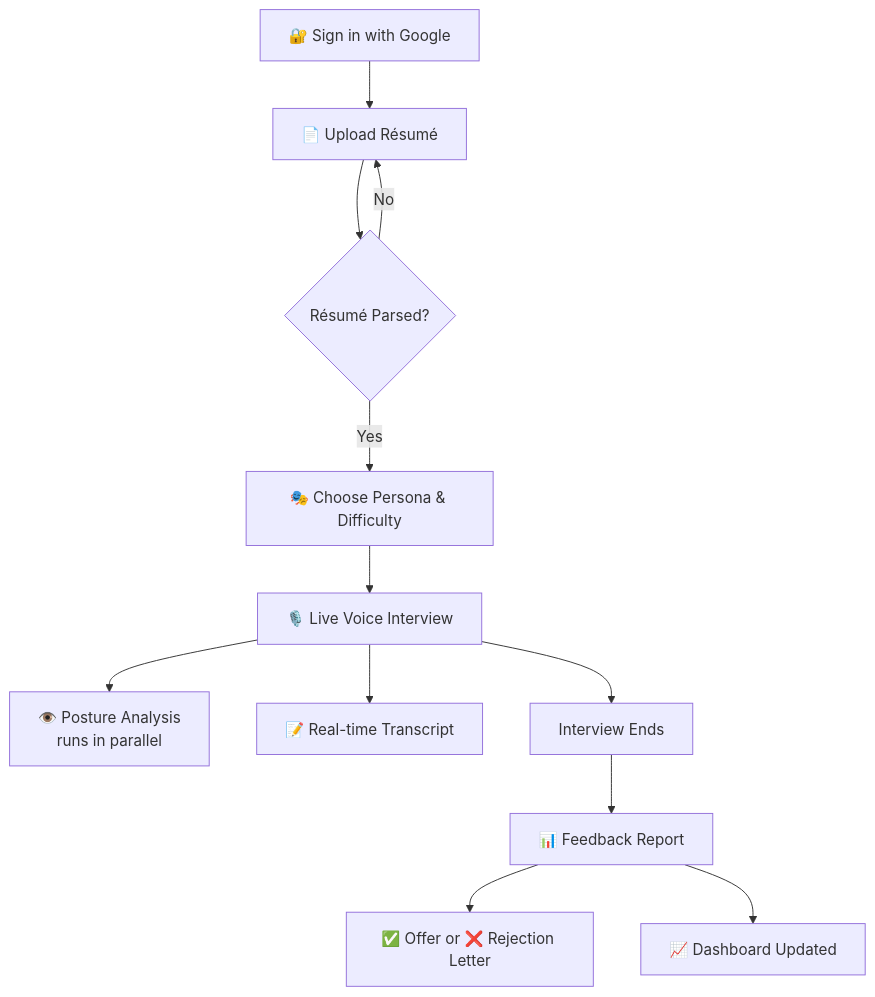
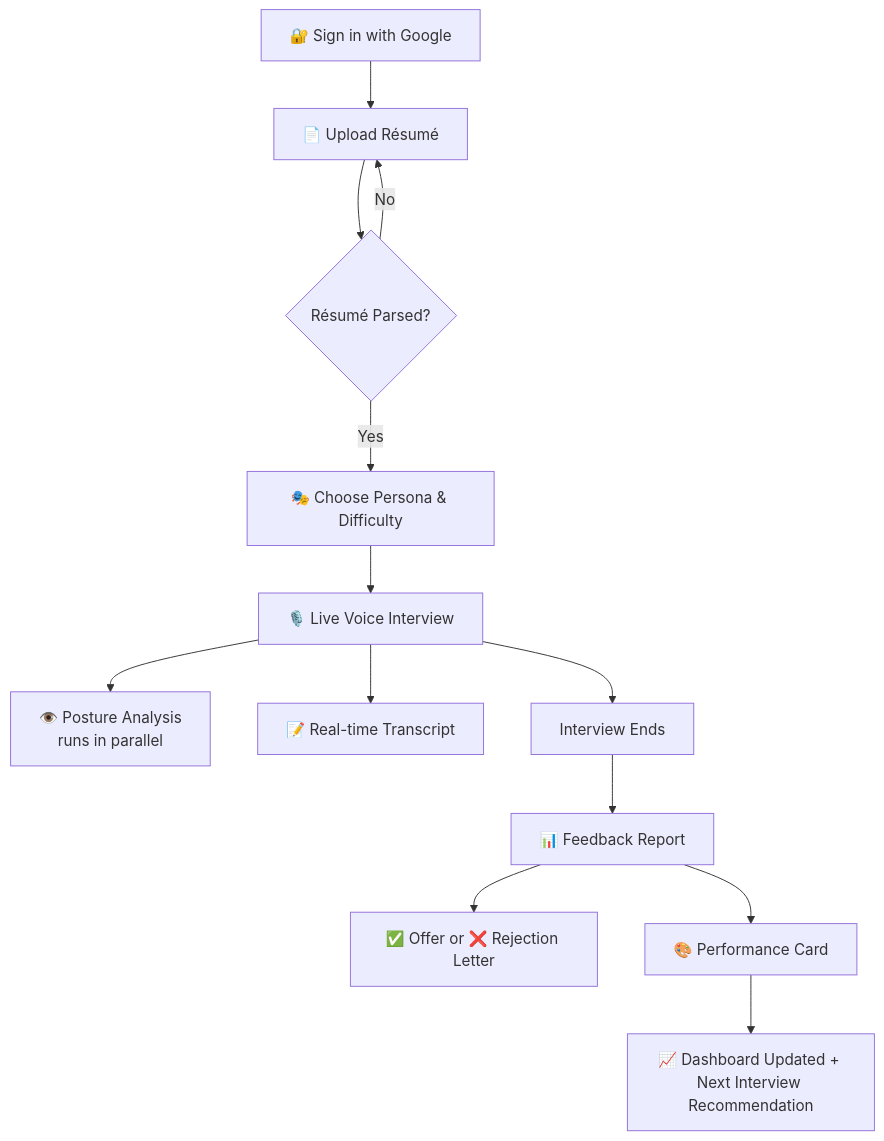
One commit to mockmate-app/mockmate changed the third of 3 diagrams in README.md. Above: the diagram before and after it, drawn with Mermaid. The commit also changed other lines of this file and 11 other files, not shown here.

Commit message:
- Added performance card - Added next interview recommendation

````diff
--- a/README.md
+++ b/README.md
@@ -425,14 +443,15 @@
 ```mermaid
 graph TD
     A[🔐 Sign in with Google] --> B[📄 Upload Résumé]
     B --> C{Résumé Parsed?}
     C -->|Yes| D[🎭 Choose Persona & Difficulty]
     C -->|No| B
     D --> E[🎙️ Live Voice Interview]
     E --> F[👁️ Posture Analysis<br/>runs in parallel]
     E --> G[📝 Real-time Transcript]
     E --> H[Interview Ends]
     H --> I[📊 Feedback Report]
     I --> J[✅ Offer or ❌ Rejection Letter]
-    I --> K[📈 Dashboard Updated]
+    I --> K[🎨 Performance Card]
+    K --> L[📈 Dashboard Updated + Next Interview Recommendation]
 ```
````
